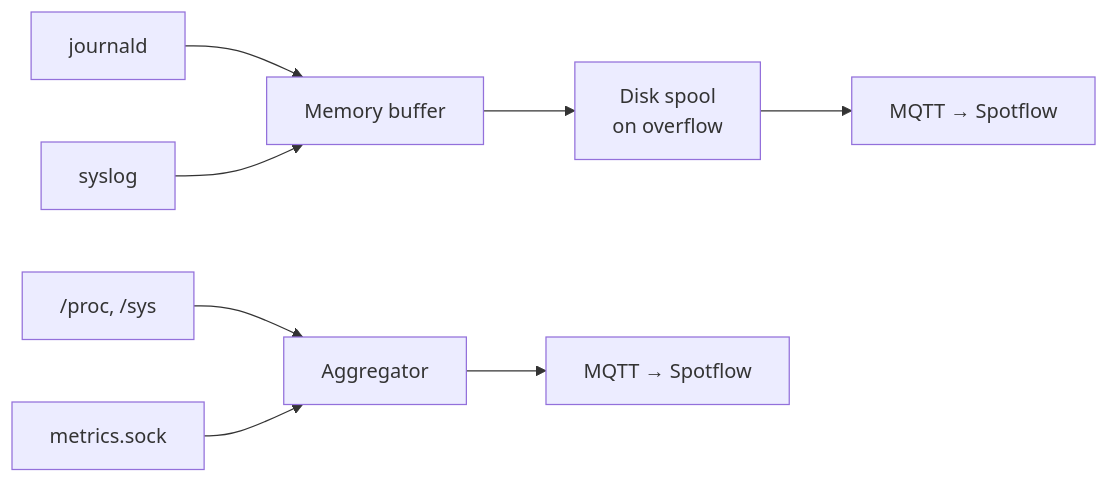
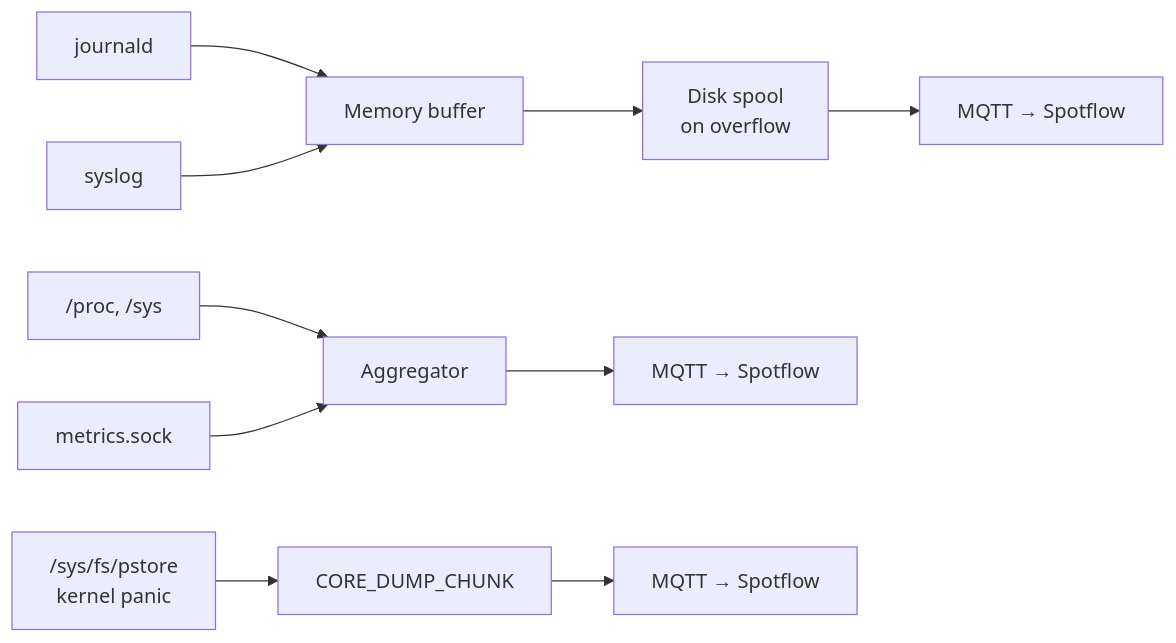
Before and after one commit to kucerah0nza/spotflowd: the diagram in README.md, drawn with Mermaid. The commit also changed other lines of this file and 5 other files, not shown here.

````diff
--- a/README.md
+++ b/README.md
@@ -9,11 +9,14 @@
 ```mermaid
 flowchart LR
     journald --> buffer[Memory buffer]
     syslog --> buffer
     buffer --> spool[Disk spool\non overflow]
     spool --> mqtt1[MQTT → Spotflow]
 
     proc["/proc, /sys"] --> agg[Aggregator]
     sock[metrics.sock] --> agg
     agg --> mqtt2[MQTT → Spotflow]
+
+    pstore["/sys/fs/pstore\nkernel panic"] --> chunks[CORE_DUMP_CHUNK]
+    chunks --> mqtt3[MQTT → Spotflow]
 ```
````
